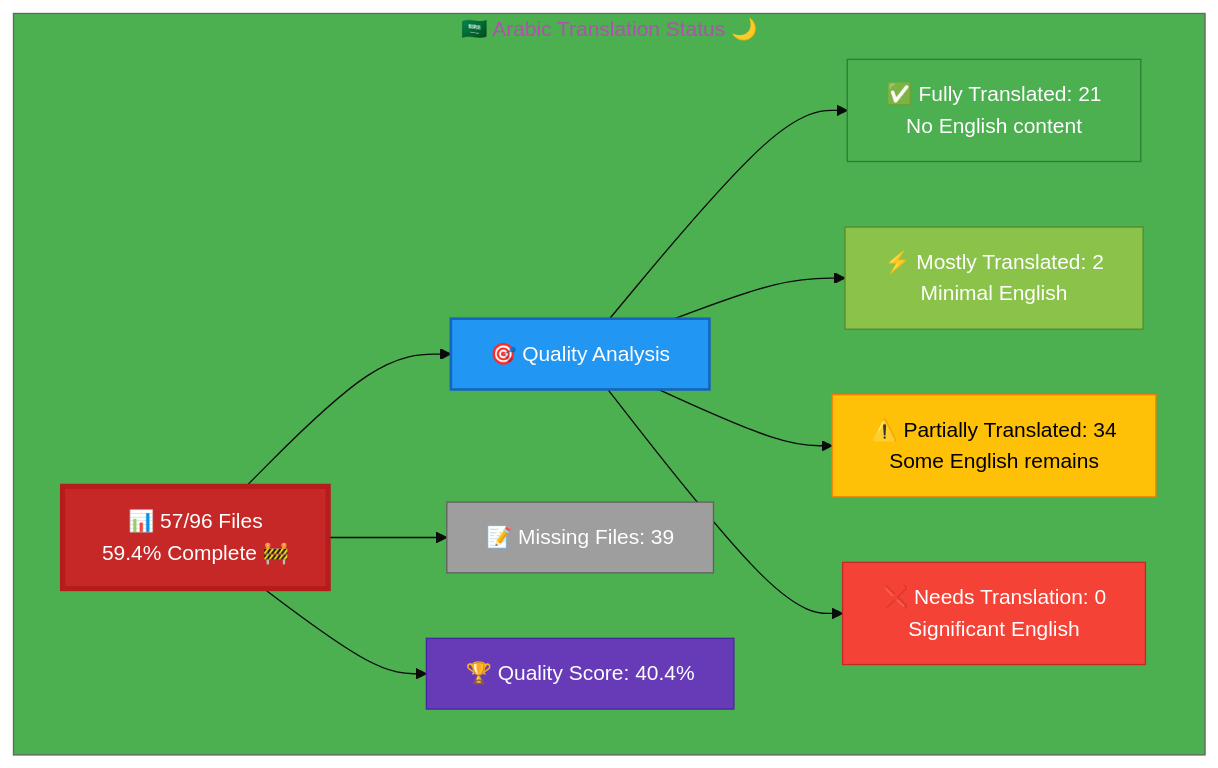
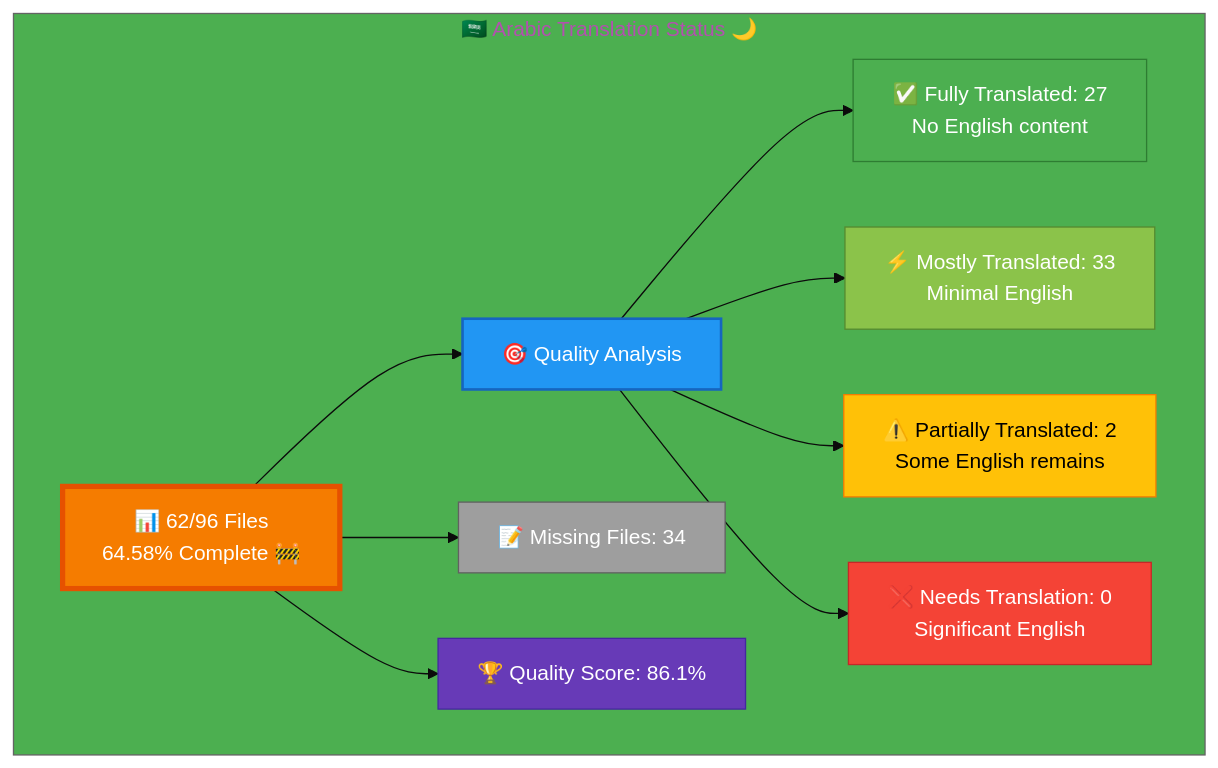
The diagram in Arabic-Translation-Status.md (Hack23/homepage), drawn with Mermaid before and after one commit. The commit also changed other lines of this file and 9 other files, not shown here.

````diff
--- a/Arabic-Translation-Status.md
+++ b/Arabic-Translation-Status.md
@@ -13,26 +13,26 @@
 ```mermaid
-%%{init: {'theme':'base', 'themeVariables': {'primaryColor':'#C62828','secondaryColor':'#2196F3','tertiaryColor':'#4CAF50','fontSize':'16px'}}}%%
+%%{init: {'theme':'base', 'themeVariables': {'primaryColor':'#F57C00','secondaryColor':'#2196F3','tertiaryColor':'#4CAF50','fontSize':'16px'}}}%%
 graph TB
     subgraph "🇸🇦 Arabic Translation Status 🌙"
-        A["📊 57/96 Files<br/>59.4% Complete 🚧"]
+        A["📊 62/96 Files<br/>64.58% Complete 🚧"]
         
         A --> B["🎯 Quality Analysis"]
-        B --> C["✅ Fully Translated: 21<br/>No English content"]
-        B --> D["⚡ Mostly Translated: 2<br/>Minimal English"]
-        B --> E["⚠️  Partially Translated: 34<br/>Some English remains"]
+        B --> C["✅ Fully Translated: 27<br/>No English content"]
+        B --> D["⚡ Mostly Translated: 33<br/>Minimal English"]
+        B --> E["⚠️  Partially Translated: 2<br/>Some English remains"]
         B --> F["❌ Needs Translation: 0<br/>Significant English"]
         
-        A --> G["📝 Missing Files: 39"]
+        A --> G["📝 Missing Files: 34"]
         
-        A --> H["🏆 Quality Score: 40.4%"]
+        A --> H["🏆 Quality Score: 86.1%"]
         
-        style A fill:#C62828,stroke:#B71C1C,color:#fff,stroke-width:4px
+        style A fill:#F57C00,stroke:#E65100,color:#fff,stroke-width:4px
         style B fill:#2196F3,stroke:#1565C0,color:#fff,stroke-width:2px
         style C fill:#4CAF50,stroke:#2E7D32,color:#fff
         style D fill:#8BC34A,stroke:#558B2F,color:#fff
         style E fill:#FFC107,stroke:#F57C00,color:#000
         style F fill:#F44336,stroke:#C62828,color:#fff
         style G fill:#9E9E9E,stroke:#616161,color:#fff
         style H fill:#673AB7,stroke:#4527A0,color:#fff
     end
 ```
````
